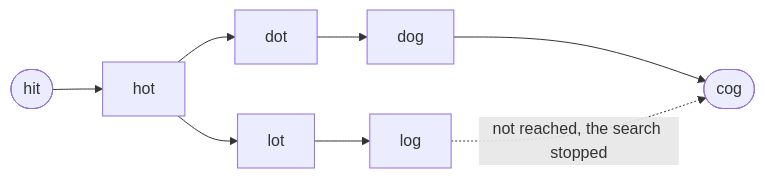
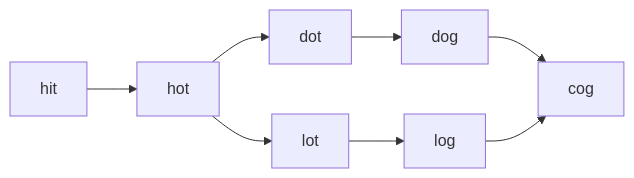
One commit to rangareddy/JavaInterviewPrograms changed the diagram in md_files/graph/WordLadder.md. Above: the diagram before and after it, drawn with Mermaid. The commit also changed other lines of this file and 15 other files, not shown here.

````diff
--- a/md_files/graph/WordLadder.md
+++ b/md_files/graph/WordLadder.md
@@ -267,10 +284,10 @@
 ```mermaid
 flowchart LR
-    A(["hit"]) --> B["hot"]
-    B --> C["dot"]
-    B --> D["lot"]
-    C --> E["dog"]
-    D --> F["log"]
-    E --> G(["cog"])
-    F -.->|"not reached, the search stopped"| G
+    hit --> hot
+    hot --> dot
+    hot --> lot
+    dot --> dog
+    lot --> log
+    dog --> cog
+    log --> cog
 ```
````
